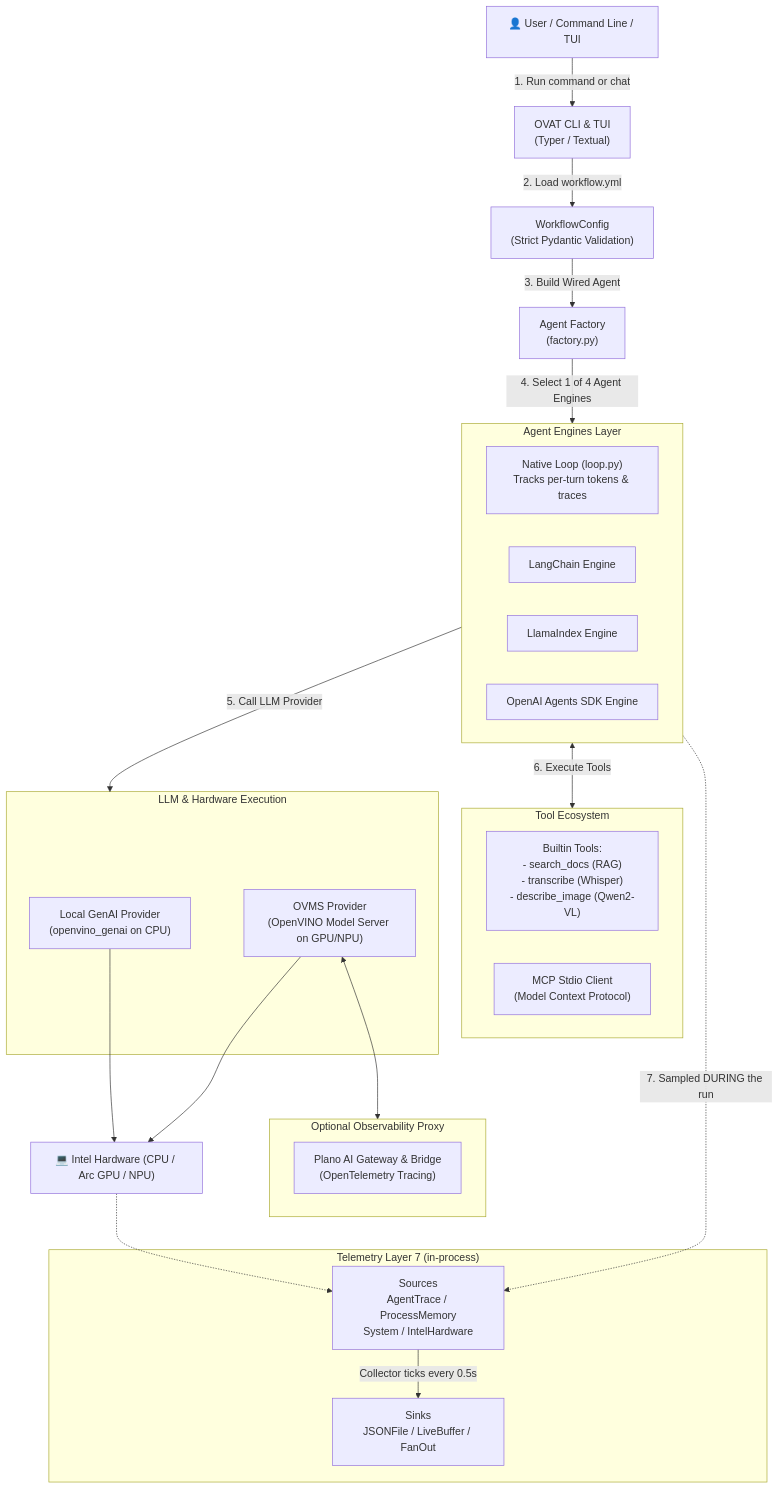
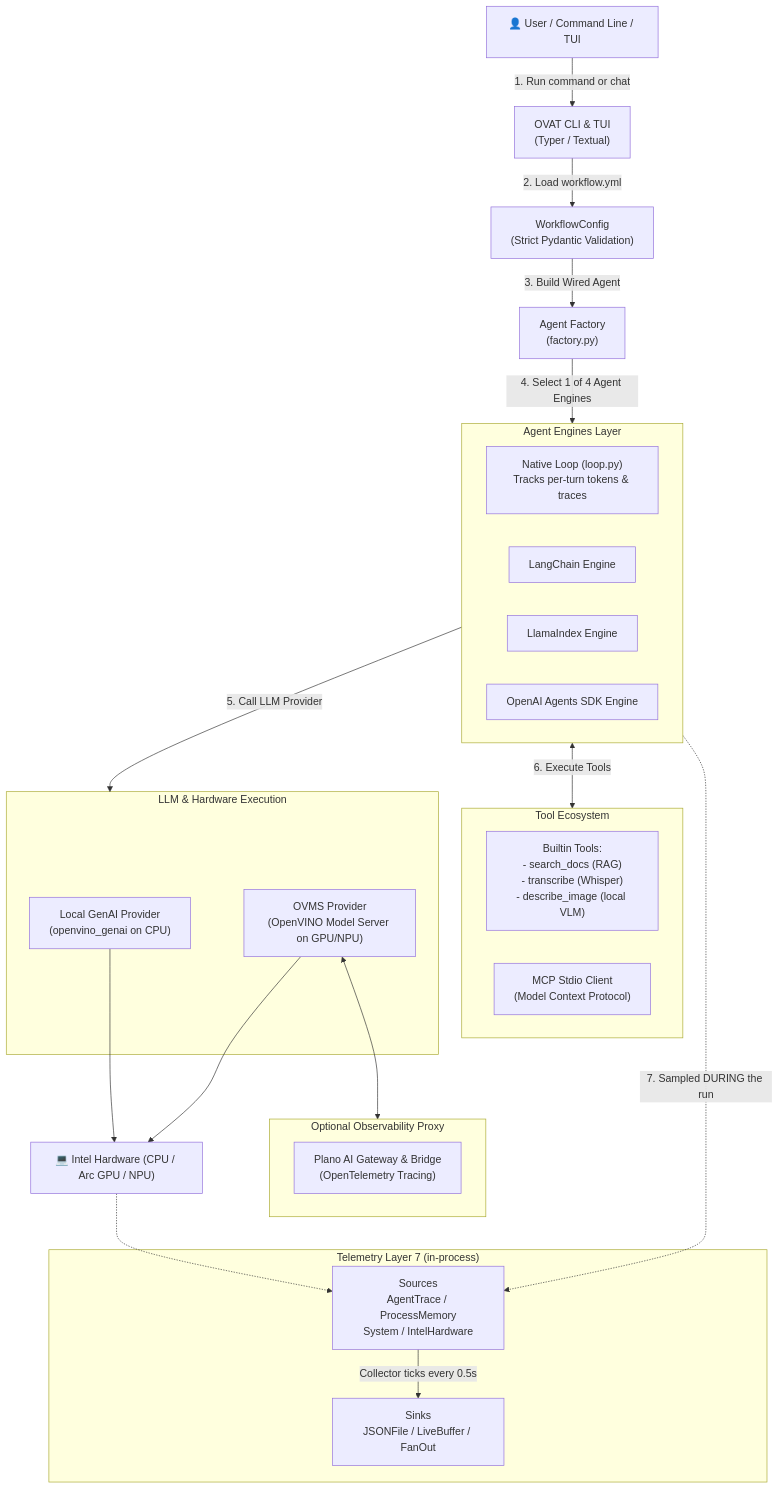
The first of 6 diagrams in docs/ARCHITECTURE.md (Lagmator22/ovat), drawn with Mermaid before and after one commit. The commit also changed other lines of this file and 1 other file, not shown here.

First line of the commit message:
docs(architecture): record the unified-model and tool-parser decisions

````diff
--- a/docs/ARCHITECTURE.md
+++ b/docs/ARCHITECTURE.md
@@ -27,47 +27,47 @@
 ```mermaid
 flowchart TD
     User["👤 User / Command Line / TUI"] -->|"1. Run command or chat"| CLI["OVAT CLI & TUI<br/>(Typer / Textual)"]
     
     CLI -->|"2. Load workflow.yml"| Config["WorkflowConfig<br/>(Strict Pydantic Validation)"]
     
     Config -->|"3. Build Wired Agent"| Factory["Agent Factory<br/>(factory.py)"]
     
     Factory -->|"4. Select 1 of 4 Agent Engines"| Engines
     
     subgraph Engines ["Agent Engines Layer"]
         Native["Native Loop (loop.py)<br/>Tracks per-turn tokens & traces"]
         LangChain["LangChain Engine"]
         LlamaIndex["LlamaIndex Engine"]
         OpenAIAgents["OpenAI Agents SDK Engine"]
     end
     
     Engines -->|"5. Call LLM Provider"| Providers
     Engines <-->|"6. Execute Tools"| Tools
     
     subgraph Providers ["LLM & Hardware Execution"]
         GenAI["Local GenAI Provider<br/>(openvino_genai on CPU)"]
         OVMS["OVMS Provider<br/>(OpenVINO Model Server on GPU/NPU)"]
     end
     
     subgraph Gateway ["Optional Observability Proxy"]
         Plano["Plano AI Gateway & Bridge<br/>(OpenTelemetry Tracing)"]
     end
     
     subgraph Tools ["Tool Ecosystem"]
-        Builtin["Builtin Tools:<br/>- search_docs (RAG)<br/>- transcribe (Whisper)<br/>- describe_image (Qwen2-VL)"]
+        Builtin["Builtin Tools:<br/>- search_docs (RAG)<br/>- transcribe (Whisper)<br/>- describe_image (local VLM)"]
         MCP["MCP Stdio Client<br/>(Model Context Protocol)"]
     end
     
     OVMS <--> Gateway
     GenAI --> Hardware["💻 Intel Hardware (CPU / Arc GPU / NPU)"]
     OVMS --> Hardware
 
     subgraph Telemetry ["Telemetry Layer 7 (in-process)"]
         Sources["Sources<br/>AgentTrace / ProcessMemory<br/>System / IntelHardware"]
         Sinks["Sinks<br/>JSONFile / LiveBuffer / FanOut"]
         Sources -->|"Collector ticks every 0.5s"| Sinks
     end
 
     Engines -.->|"7. Sampled DURING the run"| Sources
     Hardware -.-> Sources
 ```
````
